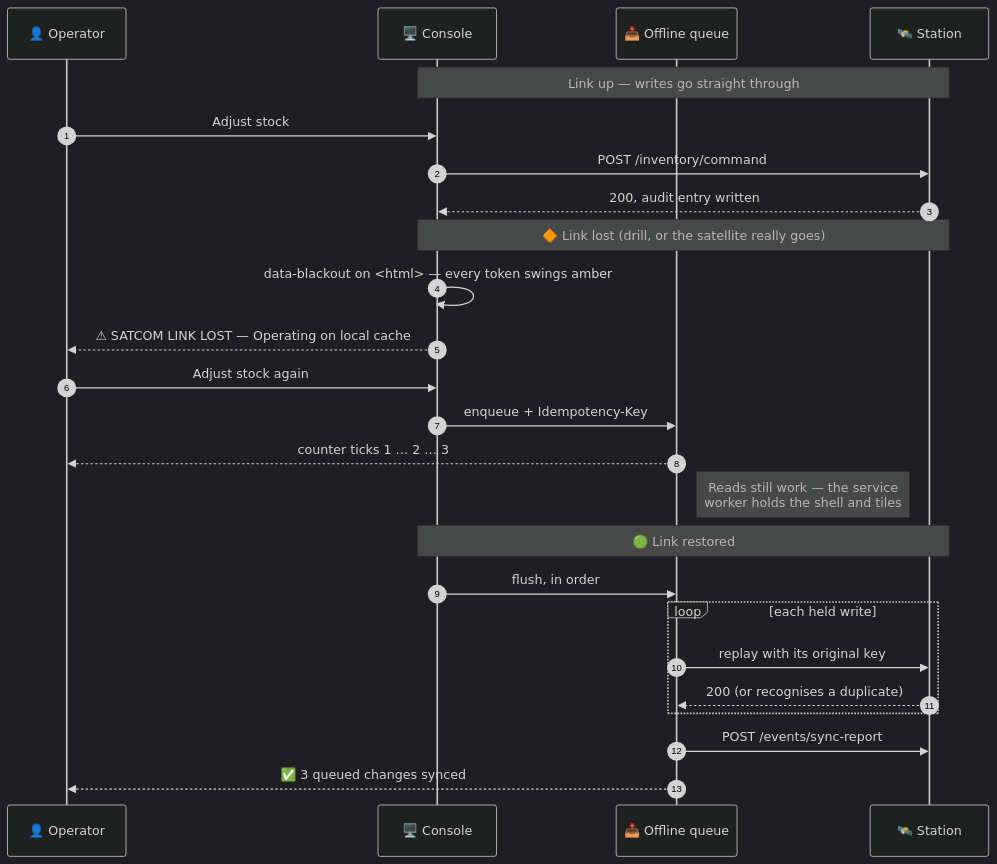
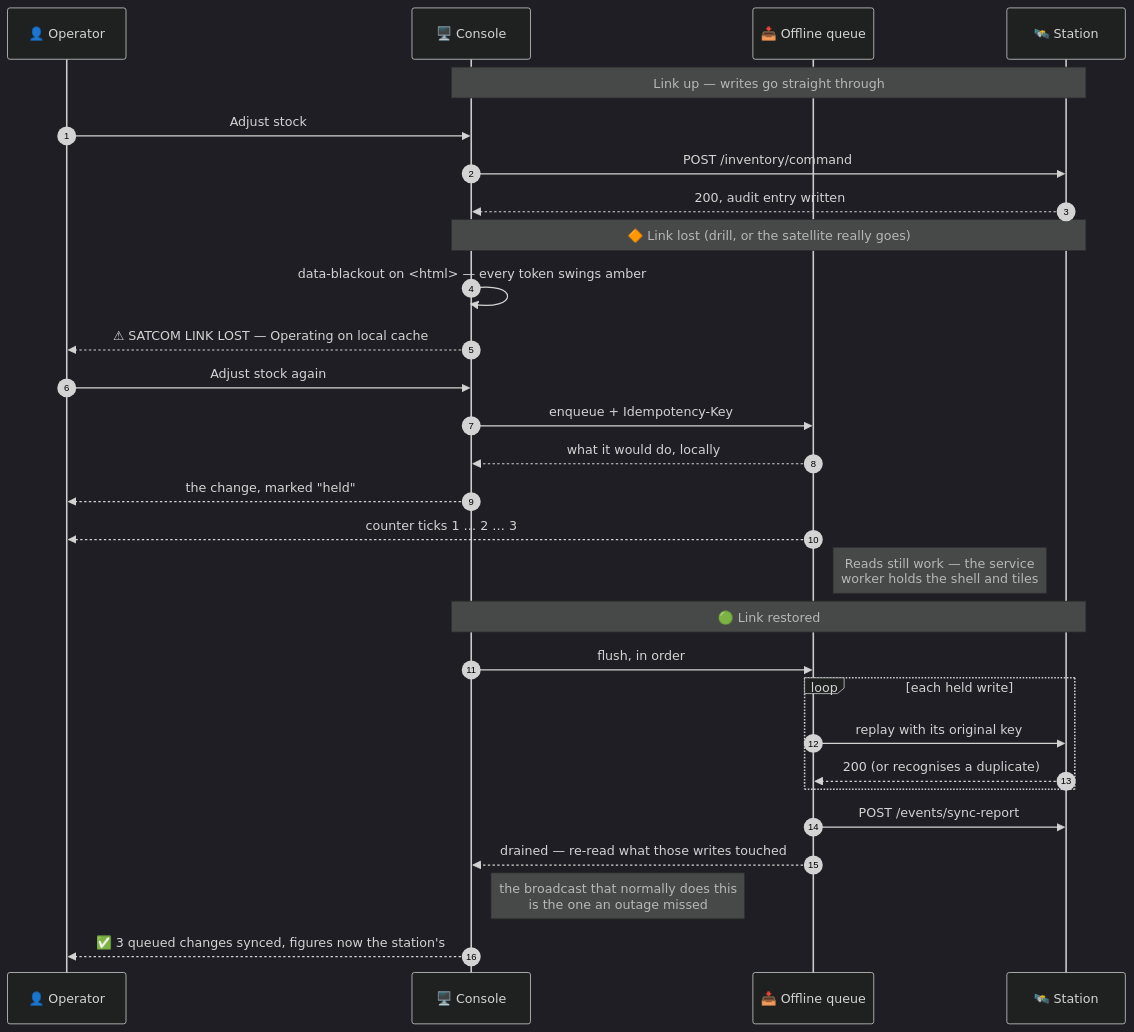
The third of 6 diagrams in README.md (srikarsai593-crypto/prahari), drawn with Mermaid (dark theme) before and after one commit. The commit also changed other lines of this file and 8 other files, not shown here.

````diff
--- a/README.md
+++ b/README.md
@@ -256,31 +256,35 @@
 ```mermaid
 sequenceDiagram
     autonumber
     participant Op as 👤 Operator
     participant UI as 🖥️ Console
     participant Q as 📥 Offline queue
     participant St as 🛰️ Station
 
     Note over UI,St: Link up — writes go straight through
     Op->>UI: Adjust stock
     UI->>St: POST /inventory/command
     St-->>UI: 200, audit entry written
 
     Note over UI,St: 🔶 Link lost (drill, or the satellite really goes)
     UI->>UI: data-blackout on <html> — every token swings amber
     UI-->>Op: ⚠ SATCOM LINK LOST — Operating on local cache
 
     Op->>UI: Adjust stock again
     UI->>Q: enqueue + Idempotency-Key
+    Q-->>UI: what it would do, locally
+    UI-->>Op: the change, marked "held"
     Q-->>Op: counter ticks 1 … 2 … 3
     Note right of Q: Reads still work — the service<br/>worker holds the shell and tiles
 
     Note over UI,St: 🟢 Link restored
     UI->>Q: flush, in order
     loop each held write
         Q->>St: replay with its original key
         St-->>Q: 200 (or recognises a duplicate)
     end
     Q->>St: POST /events/sync-report
-    Q-->>Op: ✅ 3 queued changes synced
+    Q-->>UI: drained — re-read what those writes touched
+    Note right of UI: the broadcast that normally does this<br/>is the one an outage missed
+    UI-->>Op: ✅ 3 queued changes synced, figures now the station's
 ```
````
